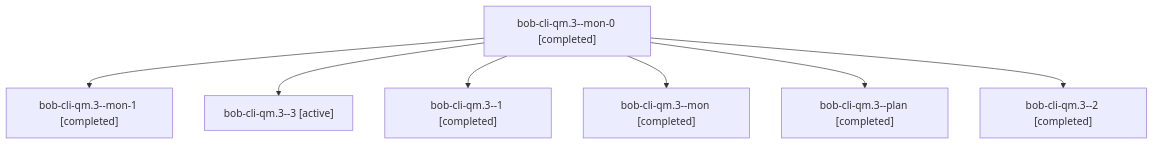
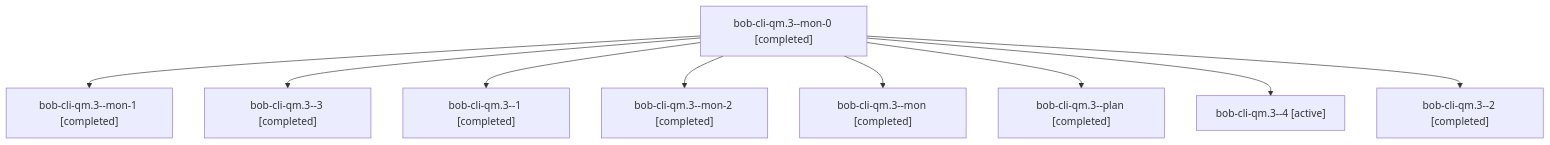
Before and after one commit to bobs-org/bob-cli--agents: the diagram in sessions/bbugyi200.athena.bob-cli-qm.3.md, drawn with Mermaid. The commit also changed other lines of this file and 36 other files, not shown here.

````diff
--- a/sessions/bbugyi200.athena.bob-cli-qm.3.md
+++ b/sessions/bbugyi200.athena.bob-cli-qm.3.md
@@ -9,16 +9,20 @@
 ```mermaid
 flowchart TD
   n0["bob-cli-qm.3--mon-0 [completed]"]
   n1["bob-cli-qm.3--mon-1 [completed]"]
   n0 --> n1
-  n2["bob-cli-qm.3--3 [active]"]
+  n2["bob-cli-qm.3--3 [completed]"]
   n0 --> n2
   n3["bob-cli-qm.3--1 [completed]"]
   n0 --> n3
-  n4["bob-cli-qm.3--mon [completed]"]
+  n4["bob-cli-qm.3--mon-2 [completed]"]
   n0 --> n4
-  n5["bob-cli-qm.3--plan [completed]"]
+  n5["bob-cli-qm.3--mon [completed]"]
   n0 --> n5
-  n6["bob-cli-qm.3--2 [completed]"]
+  n6["bob-cli-qm.3--plan [completed]"]
   n0 --> n6
+  n7["bob-cli-qm.3--4 [active]"]
+  n0 --> n7
+  n8["bob-cli-qm.3--2 [completed]"]
+  n0 --> n8
 ```
````
